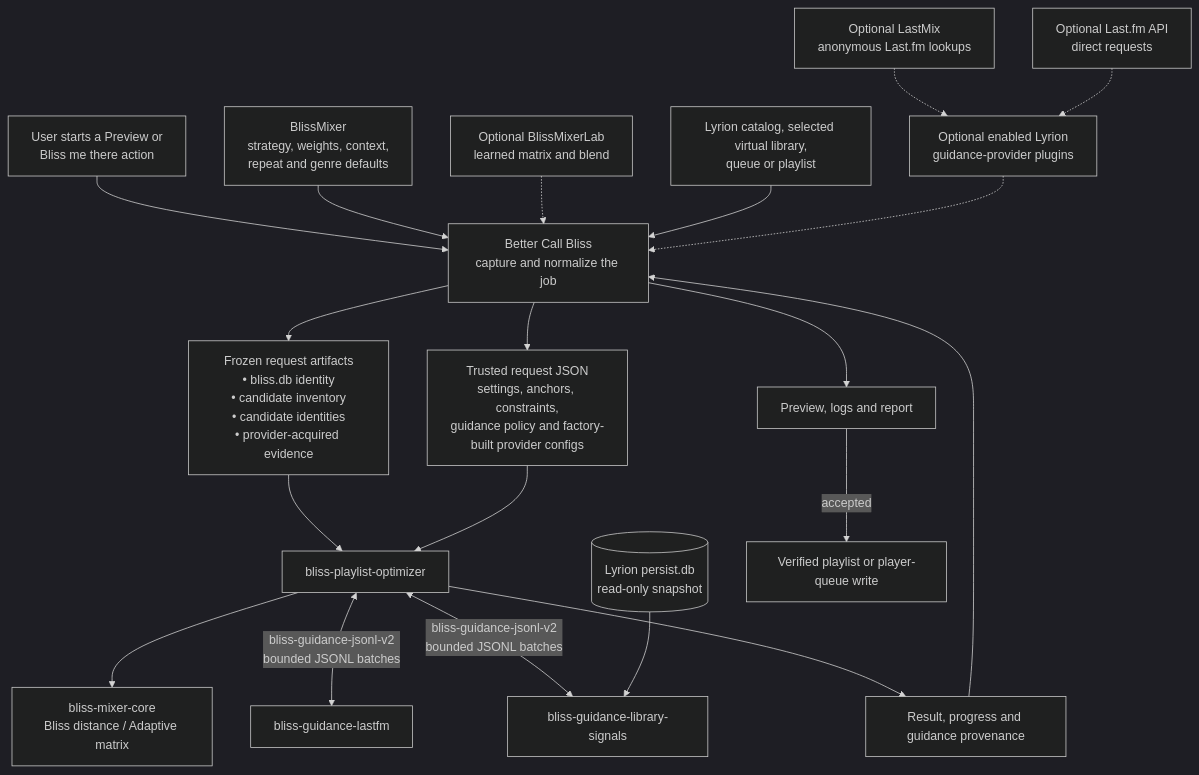
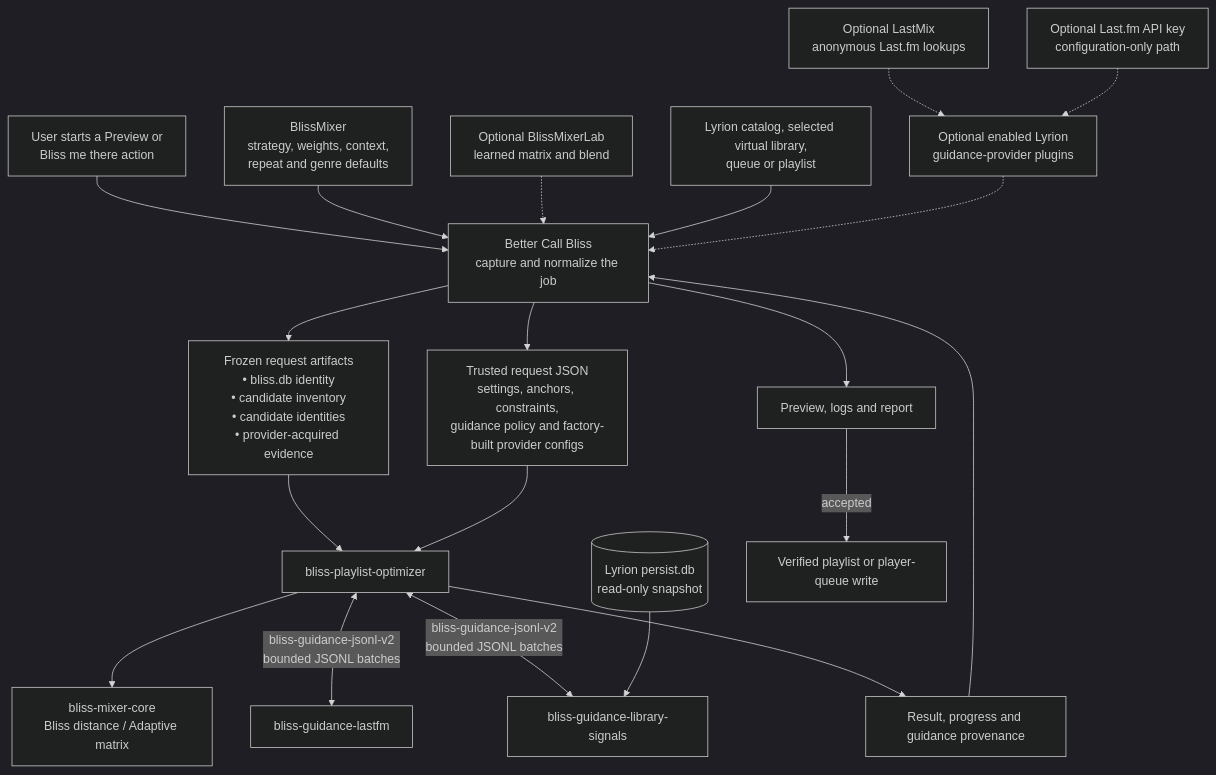
The first of 6 diagrams in docs/GUIDANCE_DATA_FLOW.md (chrober/lms-better-call-bliss), drawn with Mermaid (dark theme) before and after one commit. The commit also changed other lines of this file and 4 other files, not shown here.

````diff
--- a/docs/GUIDANCE_DATA_FLOW.md
+++ b/docs/GUIDANCE_DATA_FLOW.md
@@ -20,25 +20,25 @@
 ```mermaid
 flowchart TB
     U["User starts a Preview or<br/>Bliss me there action"] --> B
     BM["BlissMixer<br/>strategy, weights, context,<br/>repeat and genre defaults"] --> B["Better Call Bliss<br/>capture and normalize the job"]
     LAB["Optional BlissMixerLab<br/>learned matrix and blend"] -.-> B
     LMS["Lyrion catalog, selected virtual library,<br/>queue or playlist"] --> B
     GP["Optional enabled Lyrion<br/>guidance-provider plugins"] -.-> B
     LM["Optional LastMix<br/>anonymous Last.fm lookups"] -.-> GP
-    API["Optional Last.fm API<br/>direct requests"] -.-> GP
+    API["Optional Last.fm API key<br/>configuration-only path"] -.-> GP
 
     B --> I["Frozen request artifacts<br/>• bliss.db identity<br/>• candidate inventory<br/>• candidate identities<br/>• provider-acquired evidence"]
     B --> R["Trusted request JSON<br/>settings, anchors, constraints,<br/>guidance policy and factory-built provider configs"]
     I --> O["bliss-playlist-optimizer"]
     R --> O
 
     O --> C["bliss-mixer-core<br/>Bliss distance / Adaptive matrix"]
     O <-->|"bliss-guidance-jsonl-v2<br/>bounded JSONL batches"| L["bliss-guidance-lastfm"]
     O <-->|"bliss-guidance-jsonl-v2<br/>bounded JSONL batches"| P["bliss-guidance-library-signals"]
     DB[("Lyrion persist.db<br/>read-only snapshot")] --> P
 
     O --> A["Result, progress and guidance provenance"]
     A --> B
     B --> V["Preview, logs and report"]
     V -->|"accepted"| W["Verified playlist or player-queue write"]
 ```
````
